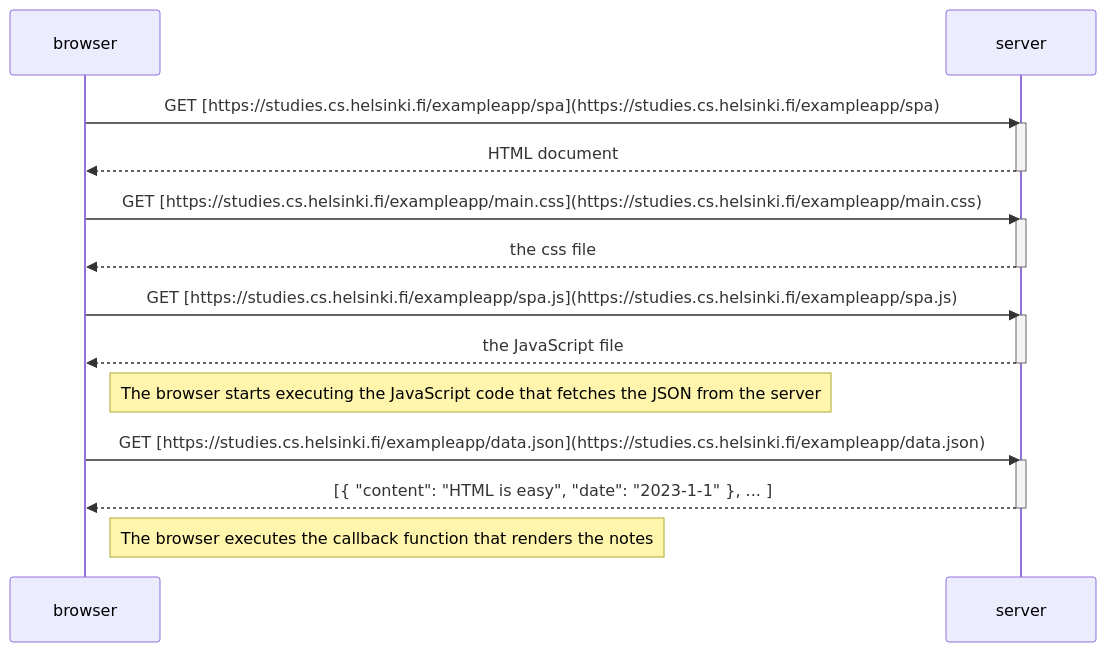
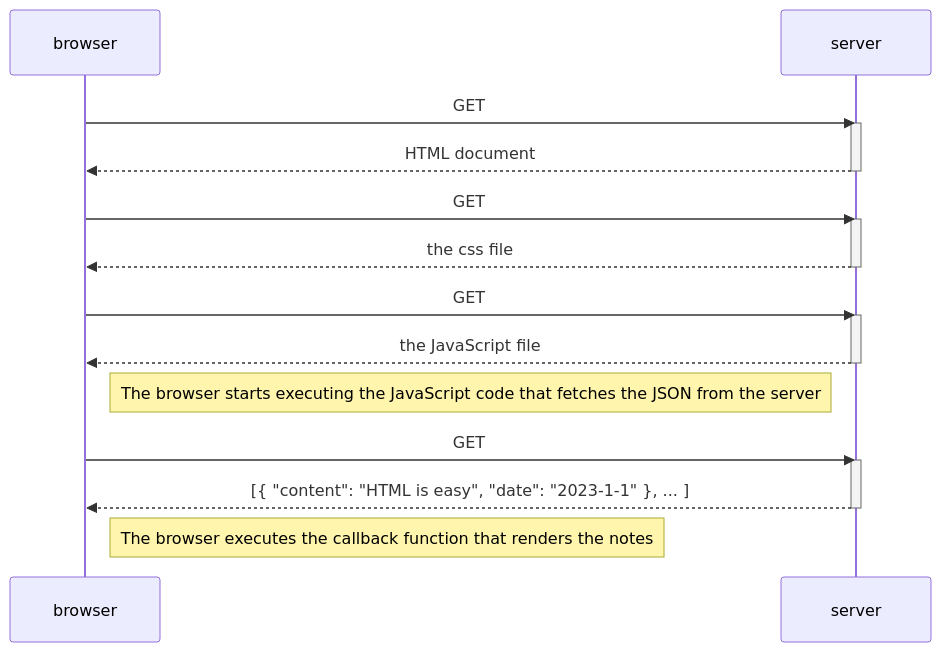
The diagram in part0/0.5.md (Abhijith3330/FULLSTACKOPEN), drawn with Mermaid before and after one commit.

````diff
--- a/part0/0.5.md
+++ b/part0/0.5.md
@@ -1,29 +1,29 @@
 ```mermaid
 sequenceDiagram
     participant browser
     participant server
 
-    browser->>server: GET [https://studies.cs.helsinki.fi/exampleapp/spa](https://studies.cs.helsinki.fi/exampleapp/spa)
+    browser->>server: GET 
     activate server
     server-->>browser: HTML document
     deactivate server
 
-    browser->>server: GET [https://studies.cs.helsinki.fi/exampleapp/main.css](https://studies.cs.helsinki.fi/exampleapp/main.css)
+    browser->>server: GET 
     activate server
     server-->>browser: the css file
     deactivate server
 
-    browser->>server: GET [https://studies.cs.helsinki.fi/exampleapp/spa.js](https://studies.cs.helsinki.fi/exampleapp/spa.js)
+    browser->>server: GET 
     activate server
     server-->>browser: the JavaScript file
     deactivate server
 
     Note right of browser: The browser starts executing the JavaScript code that fetches the JSON from the server
 
-    browser->>server: GET [https://studies.cs.helsinki.fi/exampleapp/data.json](https://studies.cs.helsinki.fi/exampleapp/data.json)
+    browser->>server: GET 
     activate server
     server-->>browser: [{ "content": "HTML is easy", "date": "2023-1-1" }, ... ]
     deactivate server
 
     Note right of browser: The browser executes the callback function that renders the notes
 ```
````
